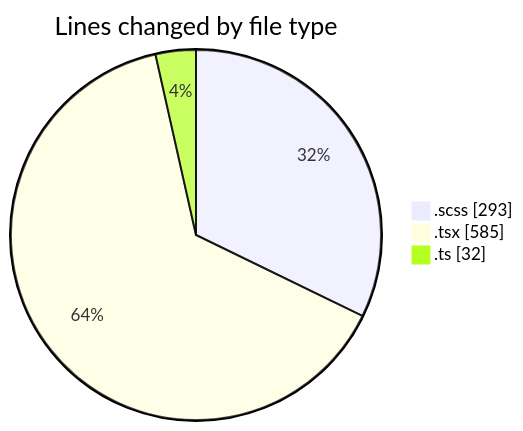
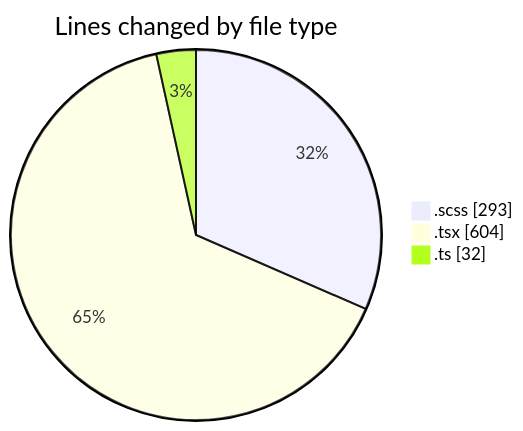
One commit to momahboobian/code-tracking changed the first of 2 diagrams in 2025-03-04/cda/README.md. Above: the diagram before and after it, drawn with Mermaid. The commit also changed other lines of this file and 1 other file, not shown here.

````diff
--- a/2025-03-04/cda/README.md
+++ b/2025-03-04/cda/README.md
@@ -25,7 +25,7 @@
 ```mermaid
 pie showData
 title Lines changed by file type
 ".scss" : 293
-".tsx" : 585
+".tsx" : 604
 ".ts" : 32
 ```
````
